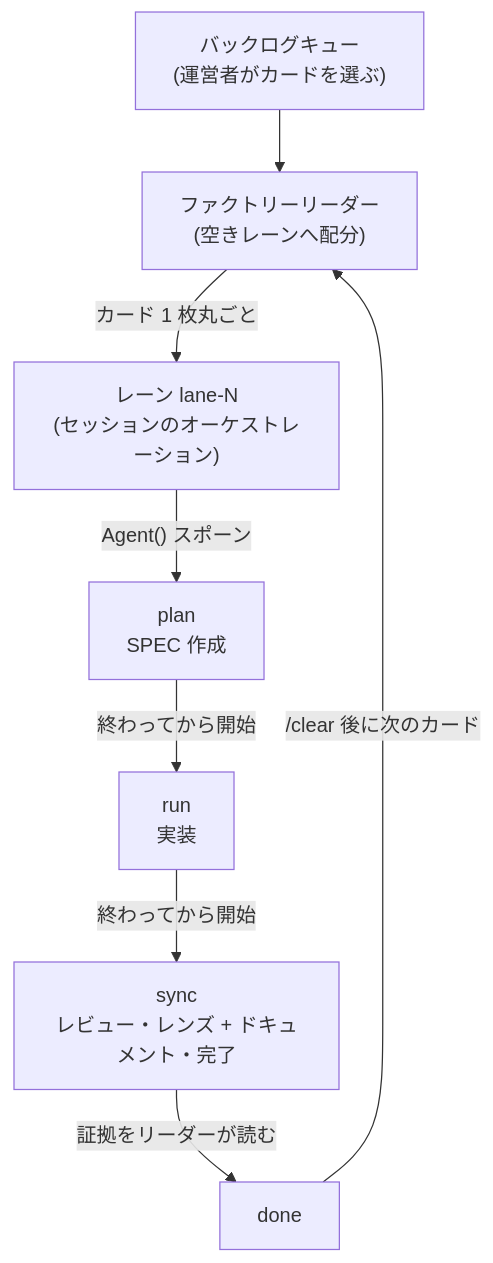
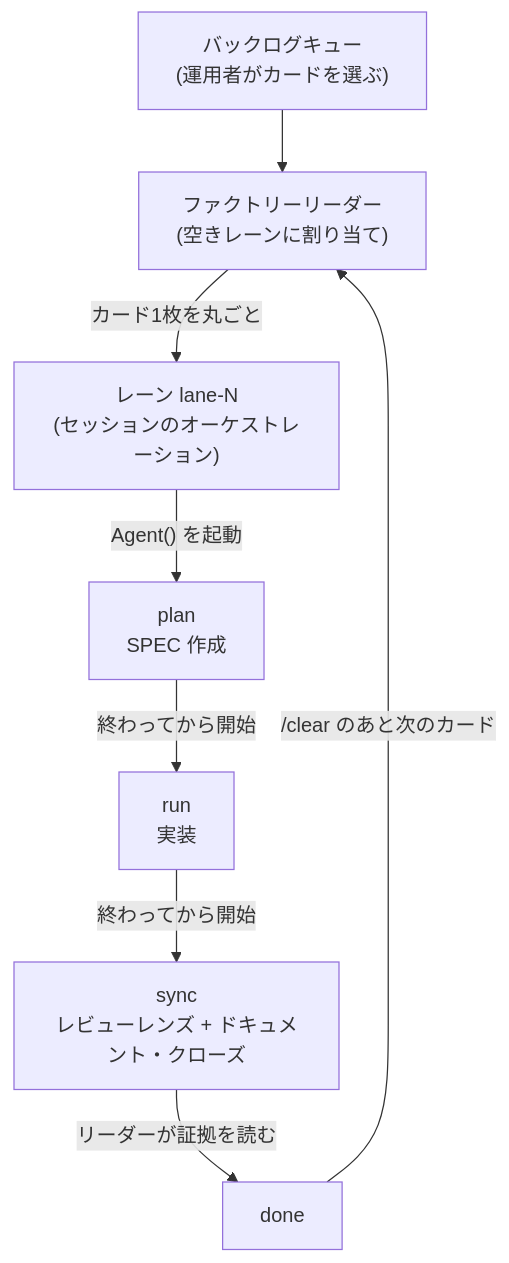
The diagram in docs-site/content/ja/advanced/factory-mode.md (modu-ai/moai-adk), drawn with Mermaid before and after one commit. The commit also changed other lines of this file and 3 other files, not shown here.

````diff
--- a/docs-site/content/ja/advanced/factory-mode.md
+++ b/docs-site/content/ja/advanced/factory-mode.md
@@ -71,10 +92,10 @@
 ```mermaid
 flowchart TD
-    Queue["バックログキュー<br/>(運営者がカードを選ぶ)"] --> Lead["ファクトリーリーダー<br/>(空きレーンへ配分)"]
-    Lead -->|"カード 1 枚丸ごと"| Lane["レーン lane-N<br/>(セッションのオーケストレーション)"]
-    Lane -->|"Agent() スポーン"| Plan["plan<br/>SPEC 作成"]
+    Queue["バックログキュー<br/>(運用者がカードを選ぶ)"] --> Lead["ファクトリーリーダー<br/>(空きレーンに割り当て)"]
+    Lead -->|"カード1枚を丸ごと"| Lane["レーン lane-N<br/>(セッションのオーケストレーション)"]
+    Lane -->|"Agent() を起動"| Plan["plan<br/>SPEC 作成"]
     Plan -->|"終わってから開始"| Run["run<br/>実装"]
-    Run -->|"終わってから開始"| Sync["sync<br/>レビュー・レンズ + ドキュメント・完了"]
-    Sync -->|"証拠をリーダーが読む"| Done["done"]
-    Done -->|"/clear 後に次のカード"| Lead
+    Run -->|"終わってから開始"| Sync["sync<br/>レビューレンズ + ドキュメント・クローズ"]
+    Sync -->|"リーダーが証拠を読む"| Done["done"]
+    Done -->|"/clear のあと次のカード"| Lead
 ```
````
